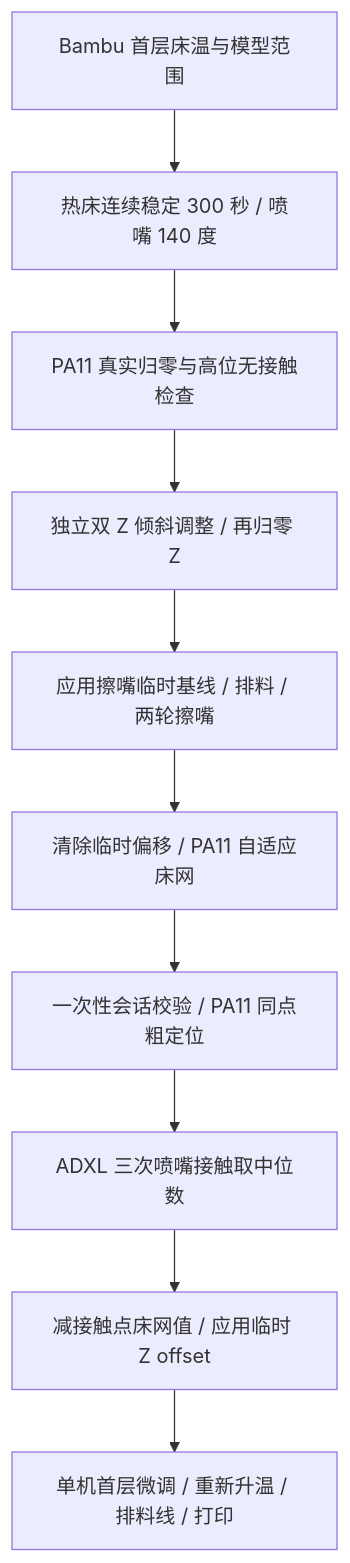
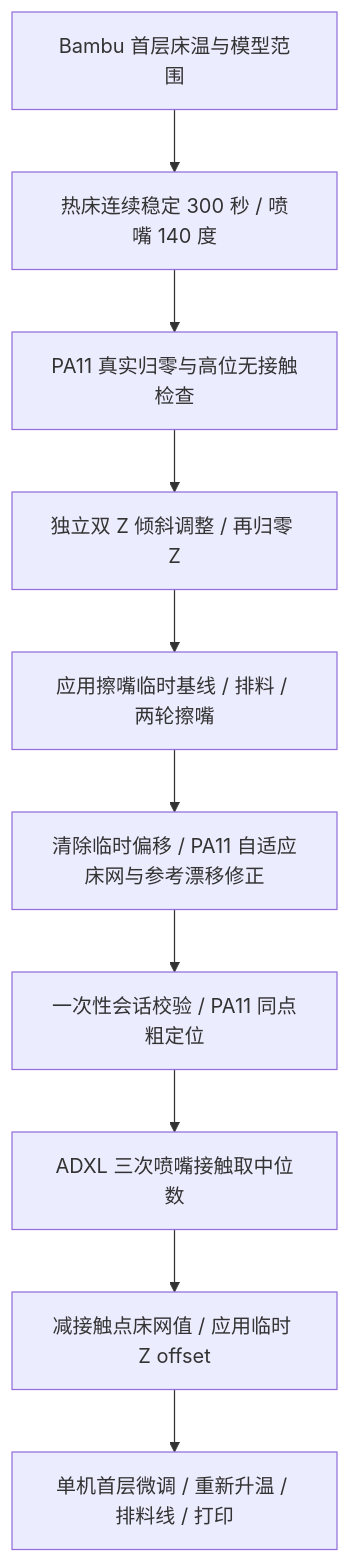
Before and after one commit to dadalangx/neptune4max-autoprep: the diagram in docs/features.md, drawn with Mermaid. The commit also changed other lines of this file and 23 other files, not shown here.

````diff
--- a/docs/features.md
+++ b/docs/features.md
@@ -5,12 +5,12 @@
 ```mermaid
 flowchart TD
     A[Bambu 首层床温与模型范围] --> B[热床连续稳定 300 秒 / 喷嘴 140 度]
     B --> C[PA11 真实归零与高位无接触检查]
     C --> D[独立双 Z 倾斜调整 / 再归零 Z]
     D --> E[应用擦嘴临时基线 / 排料 / 两轮擦嘴]
-    E --> F[清除临时偏移 / PA11 自适应床网]
+    E --> F[清除临时偏移 / PA11 自适应床网与参考漂移修正]
     F --> G[一次性会话校验 / PA11 同点粗定位]
     G --> H[ADXL 三次喷嘴接触取中位数]
     H --> I[减接触点床网值 / 应用临时 Z offset]
     I --> J[单机首层微调 / 重新升温 / 排料线 / 打印]
 ```
````
